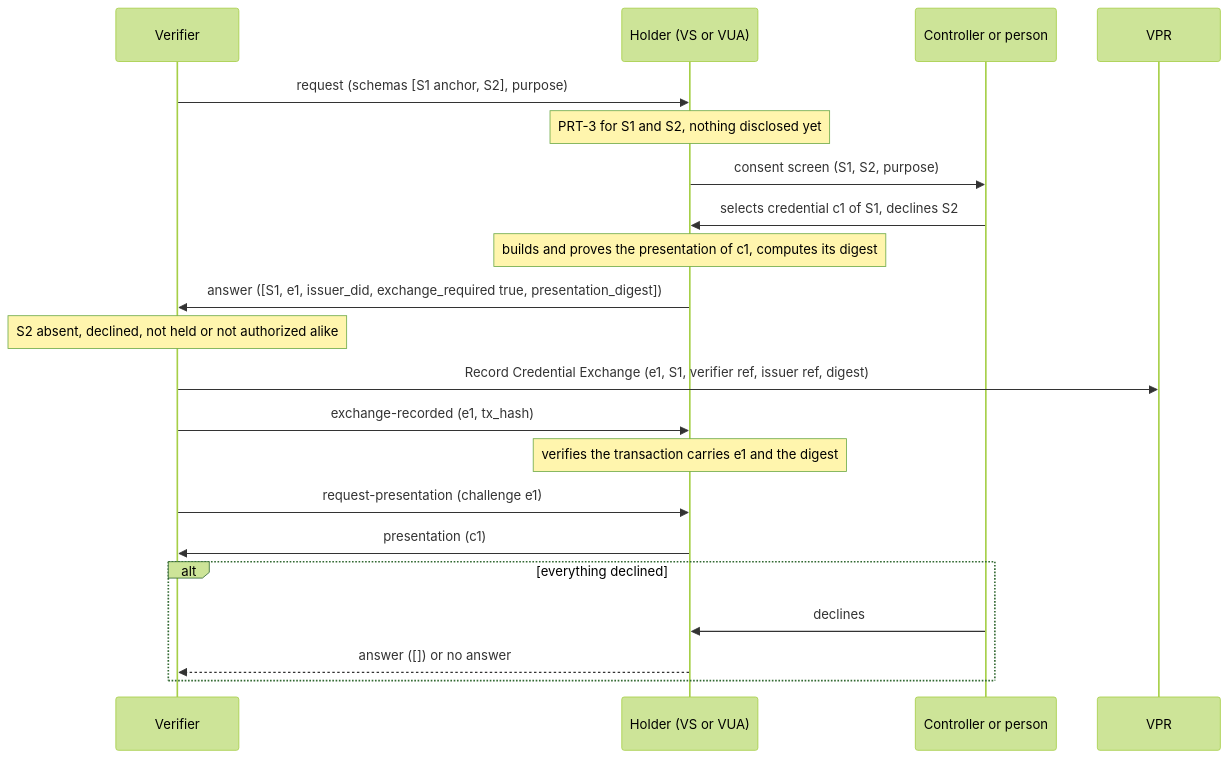
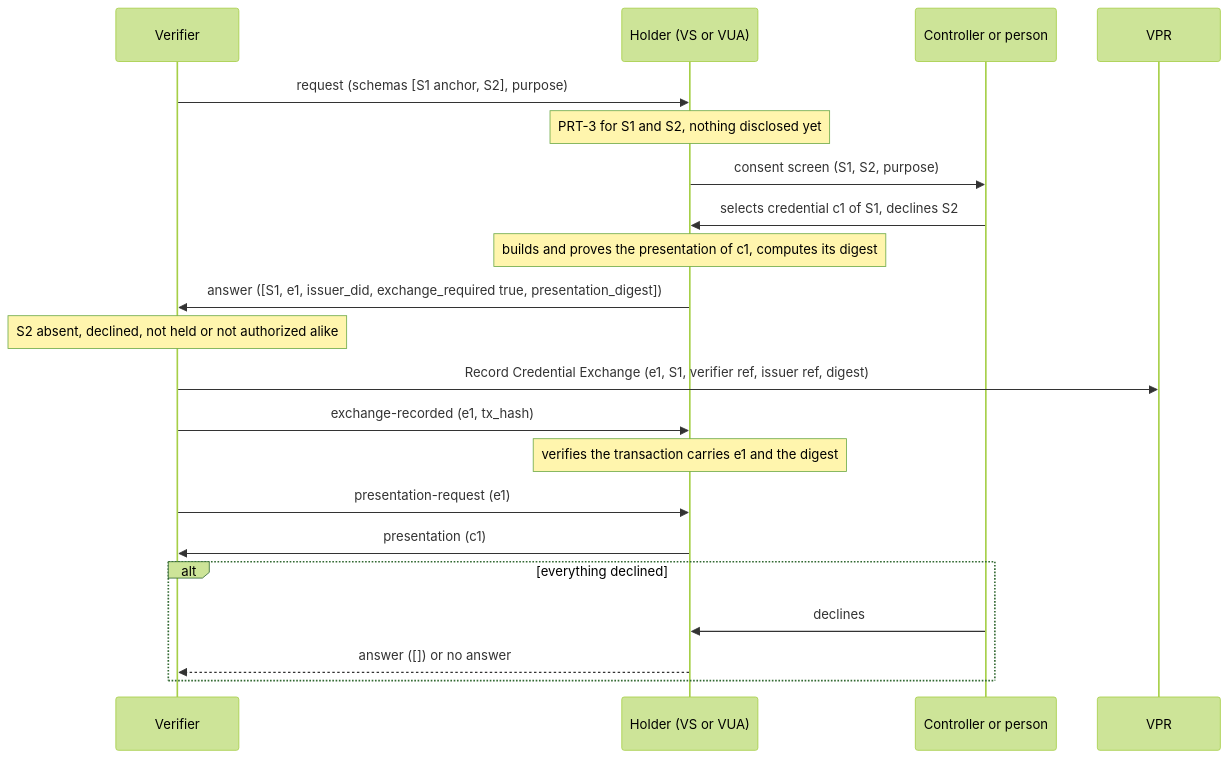
Diagram 11 of 14 in spec.md (verana-labs/verifiable-trust-spec), drawn with Mermaid (forest theme) before and after one commit. The commit also changed other lines of this file, not shown here.

Commit message:
[VT-PRES-VS-MSG]: the presentation messages as an abstract table (request, answer, next, presentation-request, presentation), the challenge derived for AnonCreds nonces, diagrams with abstract names; a mixed request is refused with an error

````diff
--- a/spec.md
+++ b/spec.md
@@ -2248,23 +2251,23 @@
 ```mermaid
 sequenceDiagram
     participant V as Verifier
     participant H as Holder (VS or VUA)
     participant C as Controller or person
     participant VPR as VPR
     V->>H: request (schemas [S1 anchor, S2], purpose)
     Note over H: PRT-3 for S1 and S2, nothing disclosed yet
     H->>C: consent screen (S1, S2, purpose)
     C->>H: selects credential c1 of S1, declines S2
     Note over H: builds and proves the presentation of c1, computes its digest
     H->>V: answer ([S1, e1, issuer_did, exchange_required true, presentation_digest])
     Note over V: S2 absent, declined, not held or not authorized alike
     V->>VPR: Record Credential Exchange (e1, S1, verifier ref, issuer ref, digest)
     V->>H: exchange-recorded (e1, tx_hash)
     Note over H: verifies the transaction carries e1 and the digest
-    V->>H: request-presentation (challenge e1)
+    V->>H: presentation-request (e1)
     H->>V: presentation (c1)
     alt everything declined
         C->>H: declines
         H-->>V: answer ([]) or no answer
     end
 ```
````
